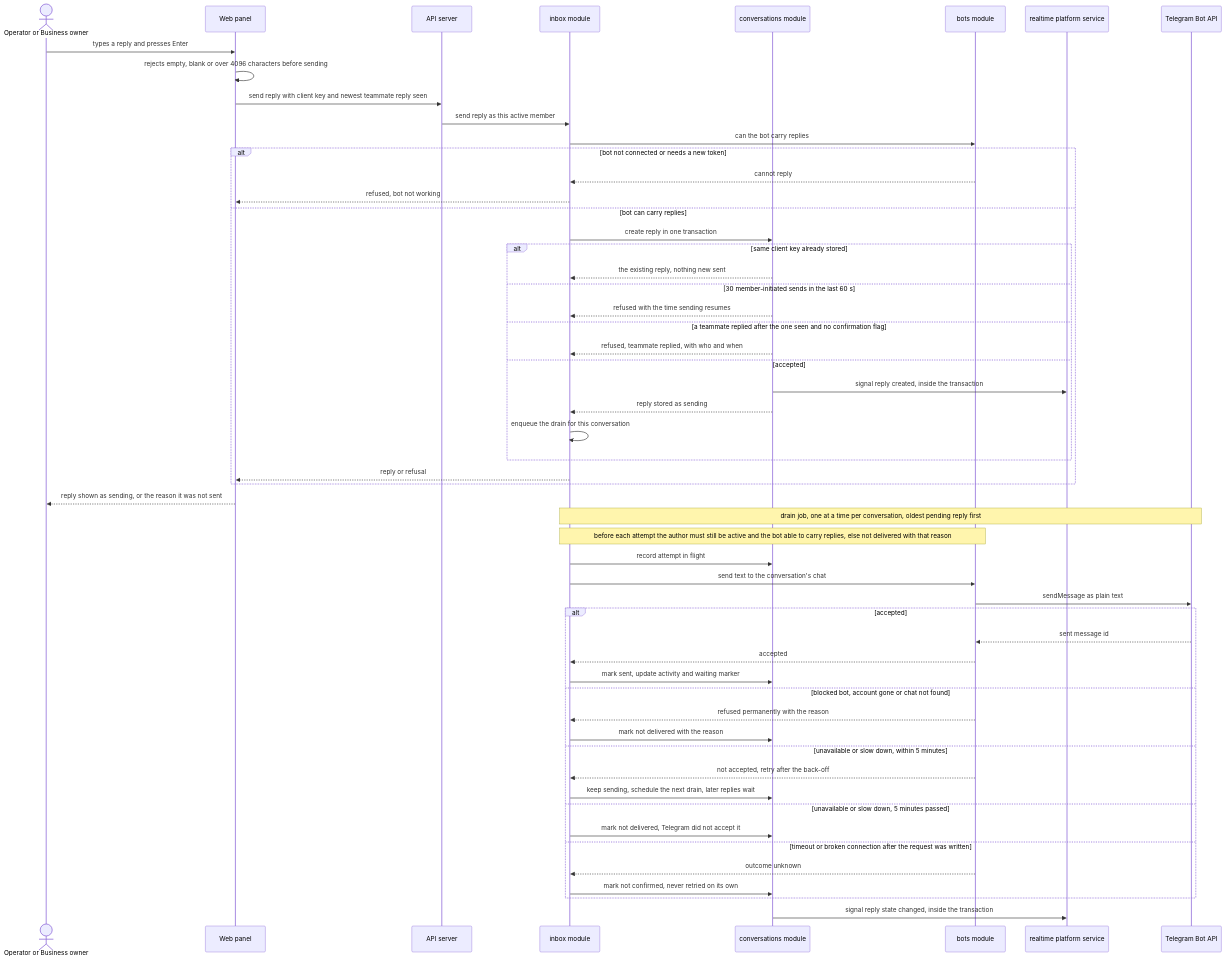
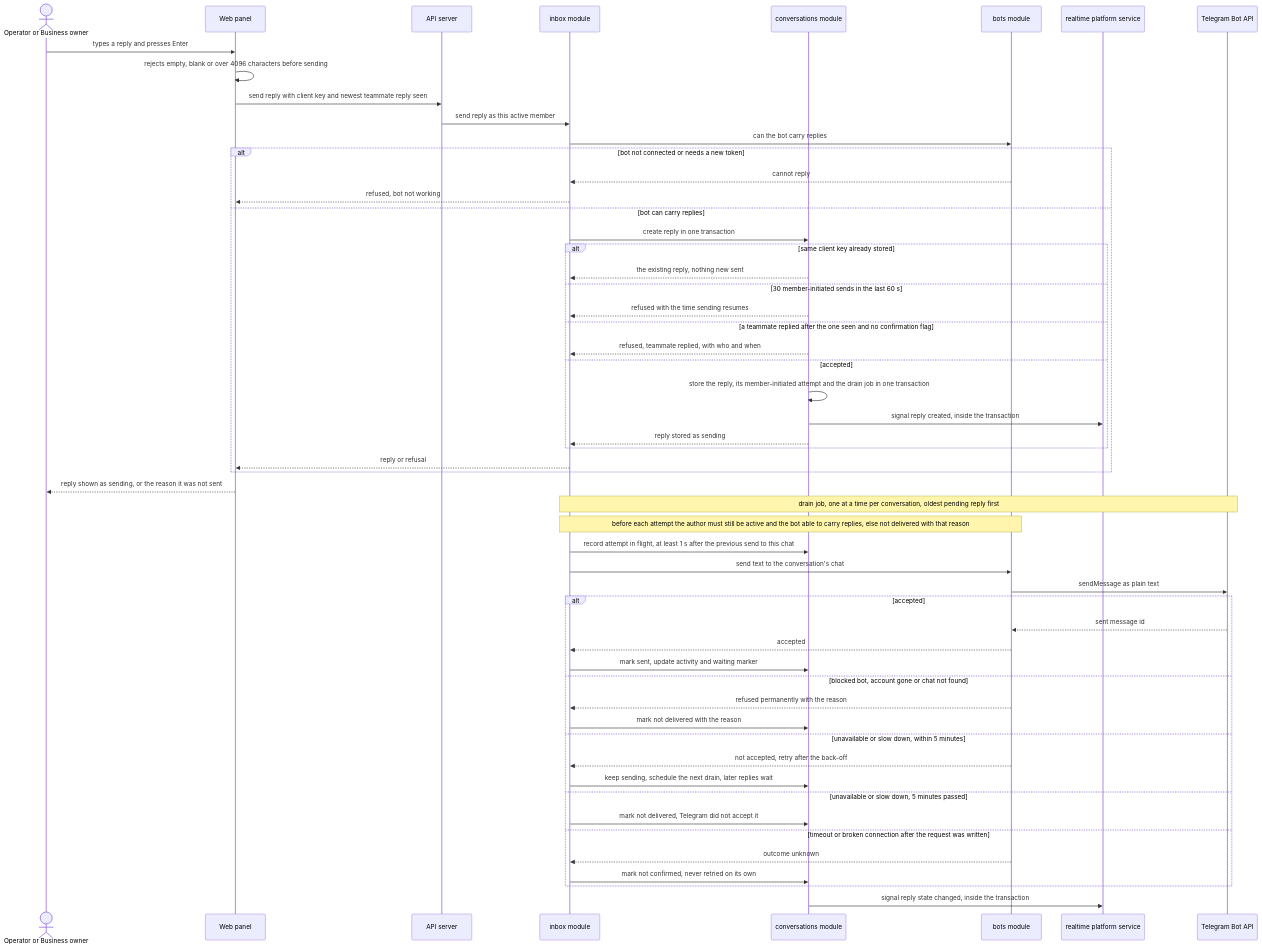
One commit to GopkoDev/tg-inbox changed the third of 5 diagrams in docs/features/shared-inbox/sad.md. Above: the diagram before and after it, drawn with Mermaid. The commit also changed other lines of this file and 3 other files, not shown here.

````diff
--- a/docs/features/shared-inbox/sad.md
+++ b/docs/features/shared-inbox/sad.md
@@ -245,57 +241,57 @@
 ```mermaid
 sequenceDiagram
     actor Member as Operator or Business owner
     participant Web as Web panel
     participant Http as API server
     participant Inbox as inbox module
     participant Conv as conversations module
     participant Bots as bots module
     participant Rt as realtime platform service
     participant Tg as Telegram Bot API
     Member->>Web: types a reply and presses Enter
     Web->>Web: rejects empty, blank or over 4096 characters before sending
     Web->>Http: send reply with client key and newest teammate reply seen
     Http->>Inbox: send reply as this active member
     Inbox->>Bots: can the bot carry replies
     alt bot not connected or needs a new token
         Bots-->>Inbox: cannot reply
         Inbox-->>Web: refused, bot not working
     else bot can carry replies
         Inbox->>Conv: create reply in one transaction
         alt same client key already stored
             Conv-->>Inbox: the existing reply, nothing new sent
         else 30 member-initiated sends in the last 60 s
             Conv-->>Inbox: refused with the time sending resumes
         else a teammate replied after the one seen and no confirmation flag
             Conv-->>Inbox: refused, teammate replied, with who and when
         else accepted
+            Conv->>Conv: store the reply, its member-initiated attempt and the drain job in one transaction
             Conv->>Rt: signal reply created, inside the transaction
             Conv-->>Inbox: reply stored as sending
-            Inbox->>Inbox: enqueue the drain for this conversation
         end
         Inbox-->>Web: reply or refusal
     end
     Web-->>Member: reply shown as sending, or the reason it was not sent
     Note over Inbox,Tg: drain job, one at a time per conversation, oldest pending reply first
     Note over Inbox,Bots: before each attempt the author must still be active and the bot able to carry replies, else not delivered with that reason
-    Inbox->>Conv: record attempt in flight
+    Inbox->>Conv: record attempt in flight, at least 1 s after the previous send to this chat
     Inbox->>Bots: send text to the conversation's chat
     Bots->>Tg: sendMessage as plain text
     alt accepted
         Tg-->>Bots: sent message id
         Bots-->>Inbox: accepted
         Inbox->>Conv: mark sent, update activity and waiting marker
     else blocked bot, account gone or chat not found
         Bots-->>Inbox: refused permanently with the reason
         Inbox->>Conv: mark not delivered with the reason
     else unavailable or slow down, within 5 minutes
         Bots-->>Inbox: not accepted, retry after the back-off
         Inbox->>Conv: keep sending, schedule the next drain, later replies wait
     else unavailable or slow down, 5 minutes passed
         Inbox->>Conv: mark not delivered, Telegram did not accept it
     else timeout or broken connection after the request was written
         Bots-->>Inbox: outcome unknown
         Inbox->>Conv: mark not confirmed, never retried on its own
     end
     Conv->>Rt: signal reply state changed, inside the transaction
 ```
````
